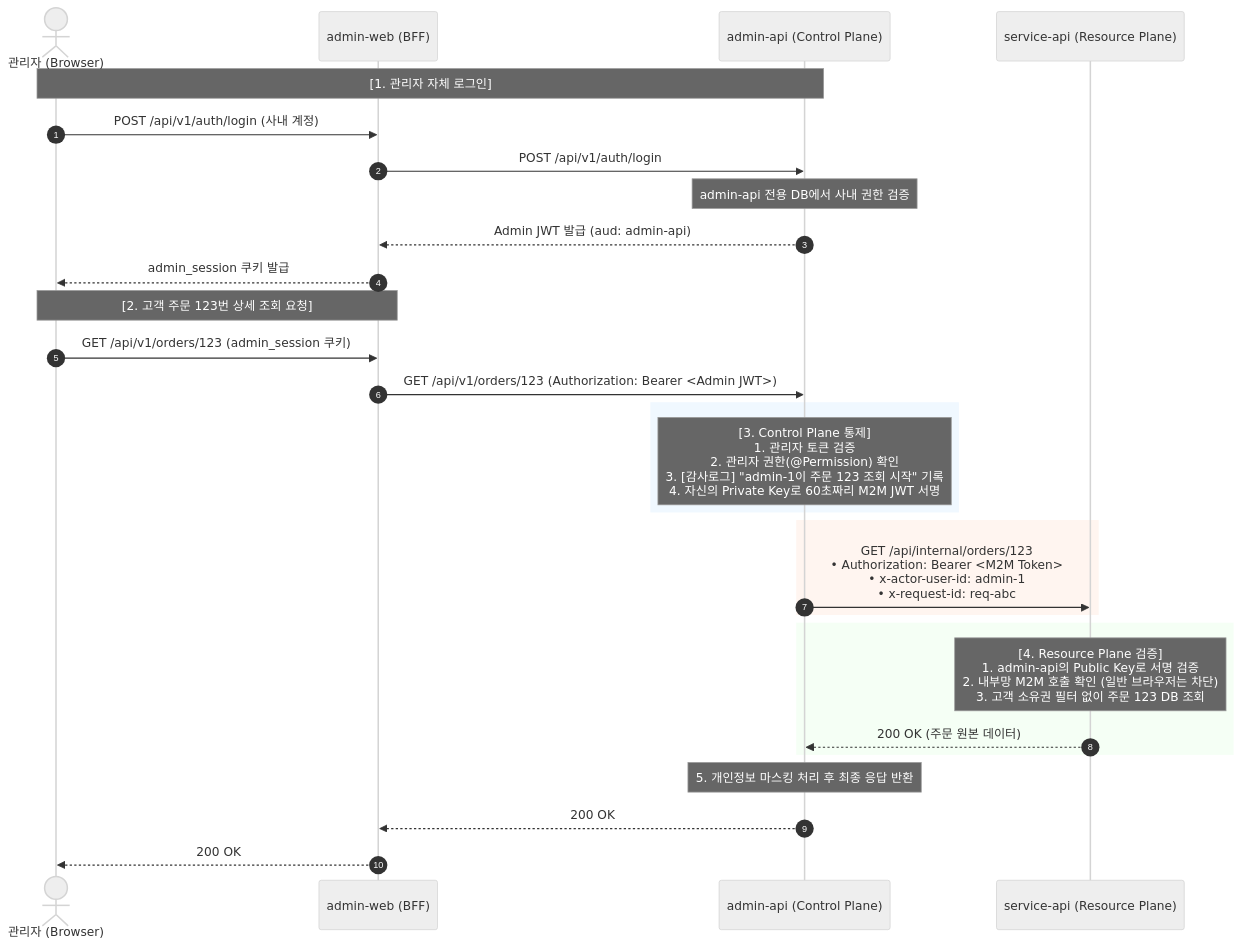
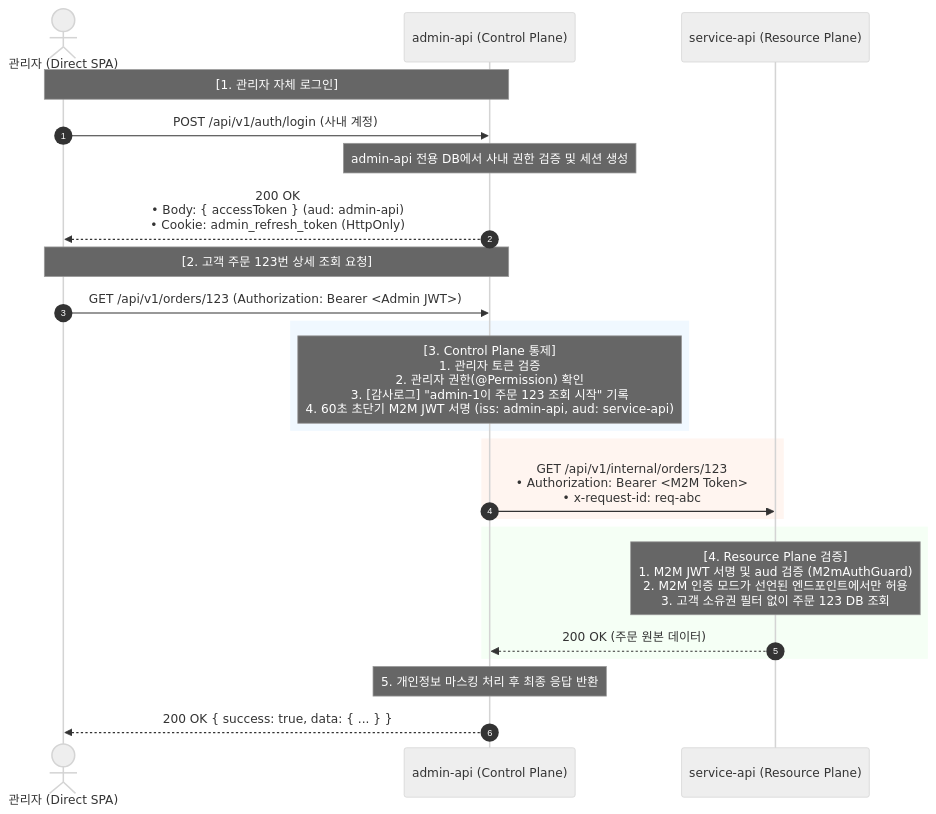
One commit to JYK0128/web-framework-app changed the third of 3 diagrams in docs/independent-auth-m2m-architecture.md. Above: the diagram before and after it, drawn with Mermaid (neutral theme). The commit also changed other lines of this file and 131 other files, not shown here.

Commit message:
refactor(auth): align control and service plane boundaries

````diff
--- a/docs/independent-auth-m2m-architecture.md
+++ b/docs/independent-auth-m2m-architecture.md
@@ -89,42 +87,37 @@
 ```mermaid
 sequenceDiagram
     autonumber
-    actor Admin as 관리자 (Browser)
-    participant BFF as admin-web (BFF)
+    actor Admin as 관리자 (Direct SPA)
     participant AdminAPI as admin-api (Control Plane)
     participant ServiceAPI as service-api (Resource Plane)
 
     %% 1. 관리자 내부 로그인
     Note over Admin, AdminAPI: [1. 관리자 자체 로그인]
-    Admin->>BFF: POST /api/v1/auth/login (사내 계정)
-    BFF->>AdminAPI: POST /api/v1/auth/login
-    Note over AdminAPI: admin-api 전용 DB에서 사내 권한 검증
-    AdminAPI-->>BFF: Admin JWT 발급 (aud: admin-api)
-    BFF-->>Admin: admin_session 쿠키 발급
+    Admin->>AdminAPI: POST /api/v1/auth/login (사내 계정)
+    Note over AdminAPI: admin-api 전용 DB에서 사내 권한 검증 및 세션 생성
+    AdminAPI-->>Admin: 200 OK<br/>• Body: { accessToken } (aud: admin-api)<br/>• Cookie: admin_refresh_token (HttpOnly)
 
     %% 2. 서비스 데이터 조회
-    Note over Admin, BFF: [2. 고객 주문 123번 상세 조회 요청]
-    Admin->>BFF: GET /api/v1/orders/123 (admin_session 쿠키)
-    BFF->>AdminAPI: GET /api/v1/orders/123 (Authorization: Bearer <Admin JWT>)
+    Note over Admin, AdminAPI: [2. 고객 주문 123번 상세 조회 요청]
+    Admin->>AdminAPI: GET /api/v1/orders/123 (Authorization: Bearer <Admin JWT>)
 
     %% 3. Control Plane 감사 및 토큰 발행
     rect rgb(240, 248, 255)
-    Note over AdminAPI: [3. Control Plane 통제]<br/>1. 관리자 토큰 검증<br/>2. 관리자 권한(@Permission) 확인<br/>3. [감사로그] "admin-1이 주문 123 조회 시작" 기록<br/>4. 자신의 Private Key로 60초짜리 M2M JWT 서명
+    Note over AdminAPI: [3. Control Plane 통제]<br/>1. 관리자 토큰 검증<br/>2. 관리자 권한(@Permission) 확인<br/>3. [감사로그] "admin-1이 주문 123 조회 시작" 기록<br/>4. 60초 초단기 M2M JWT 서명 (iss: admin-api, aud: service-api)
     end
 
     %% 4. S2S 통신
     rect rgb(255, 245, 240)
-    AdminAPI->>ServiceAPI: GET /api/internal/orders/123<br/>• Authorization: Bearer <M2M Token><br/>• x-actor-user-id: admin-1<br/>• x-request-id: req-abc
+    AdminAPI->>ServiceAPI: GET /api/v1/internal/orders/123<br/>• Authorization: Bearer <M2M Token><br/>• x-request-id: req-abc
     end
 
     %% 5. Data Plane 처리
     rect rgb(245, 255, 245)
-    Note over ServiceAPI: [4. Resource Plane 검증]<br/>1. admin-api의 Public Key로 서명 검증<br/>2. 내부망 M2M 호출 확인 (일반 브라우저는 차단)<br/>3. 고객 소유권 필터 없이 주문 123 DB 조회
+    Note over ServiceAPI: [4. Resource Plane 검증]<br/>1. M2M JWT 서명 및 aud 검증 (M2mAuthGuard)<br/>2. M2M 인증 모드가 선언된 엔드포인트에서만 허용<br/>3. 고객 소유권 필터 없이 주문 123 DB 조회
     ServiceAPI-->>AdminAPI: 200 OK (주문 원본 데이터)
     end
 
     %% 6. 응답
     Note over AdminAPI: 5. 개인정보 마스킹 처리 후 최종 응답 반환
-    AdminAPI-->>BFF: 200 OK
-    BFF-->>Admin: 200 OK
+    AdminAPI-->>Admin: 200 OK { success: true, data: { ... } }
 ```
````
